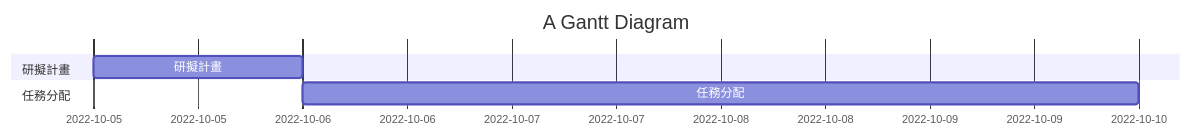
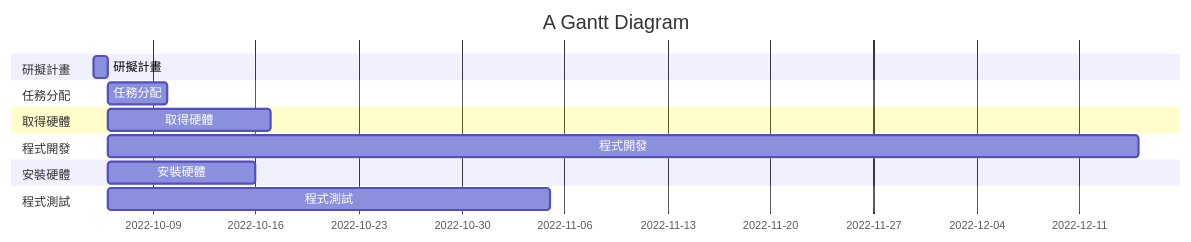
One commit to angus426/2022_3B_System_Analysis changed the diagram in hw2.md. Above: the diagram before and after it, drawn with Mermaid.

````diff
--- a/hw2.md
+++ b/hw2.md
@@ -3,9 +3,17 @@
 ```mermaid
 gantt
     title A Gantt Diagram
 
     section 研擬計畫
     研擬計畫         :a1, 2022-10-05, 1d
     section 任務分配
     任務分配      :2022-10-6  , 4d
+    section 取得硬體
+    取得硬體     :2022-10-6  , 11d
+    section 程式開發
+    程式開發      :2022-10-6  , 70d
+    section 安裝硬體
+    安裝硬體      :2022-10-6  , 10d
+    section 程式測試
+    程式測試      :2022-10-6  , 30d
 ```
````
